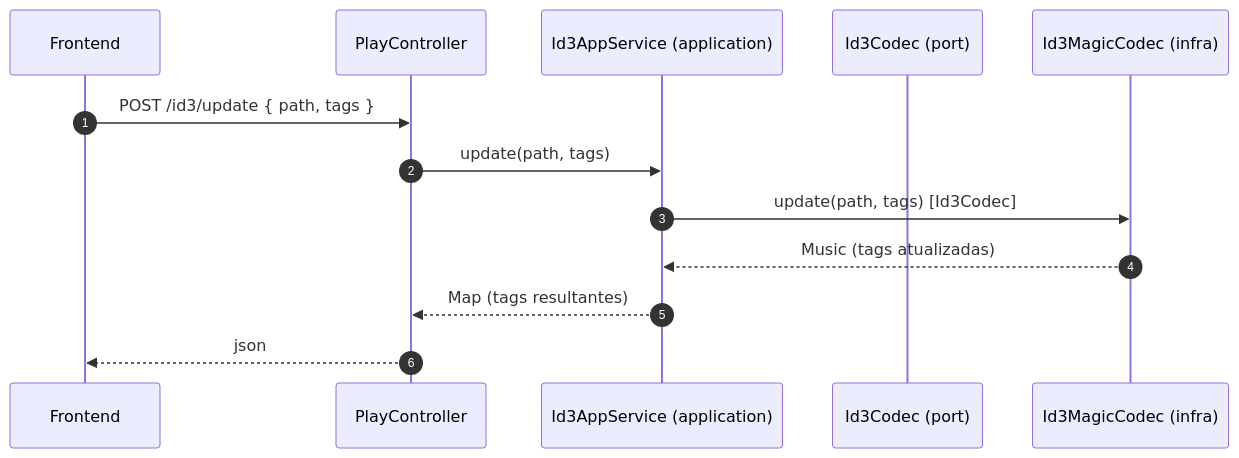
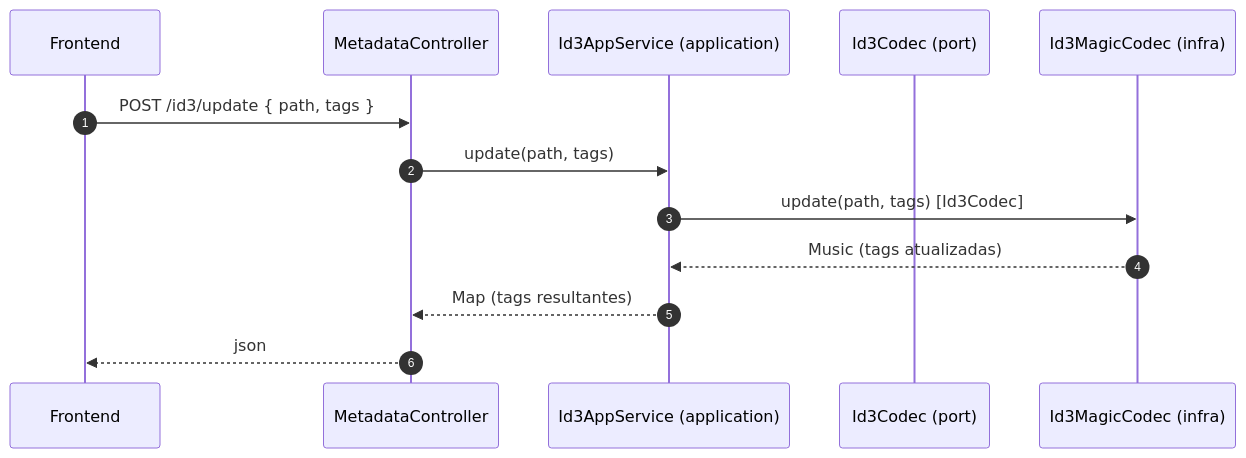
One commit to jpontesmartins/mp3-player changed the fifth of 7 diagrams in docs/architecture.md. Above: the diagram before and after it, drawn with Mermaid. The commit also changed other lines of this file and 10 other files, not shown here.

````diff
--- a/docs/architecture.md
+++ b/docs/architecture.md
@@ -173,16 +182,16 @@
 ```mermaid
 sequenceDiagram
     autonumber
     participant FE as Frontend
-    participant C as PlayController
+    participant C as MetadataController
     participant S as Id3AppService (application)
     participant CO as Id3Codec (port)
     participant M as Id3MagicCodec (infra)
 
     FE->>C: POST /id3/update { path, tags }
     C->>S: update(path, tags)
     S->>M: update(path, tags)  [Id3Codec]
     M-->>S: Music (tags atualizadas)
     S-->>C: Map (tags resultantes)
     C-->>FE: json
 ```
````
